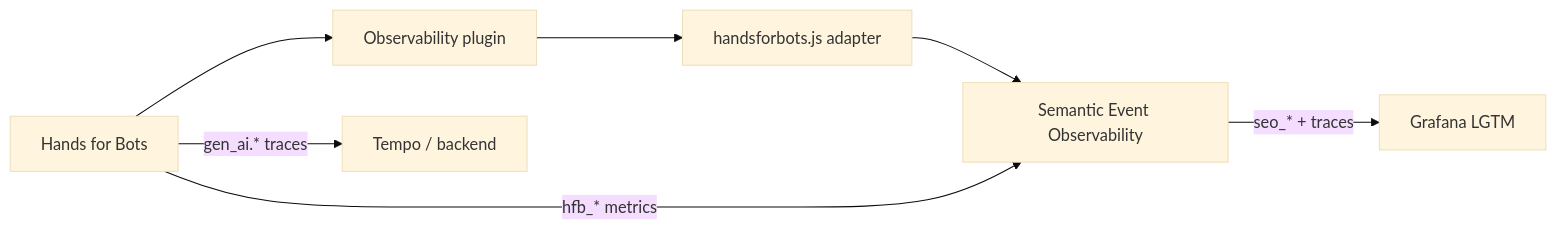
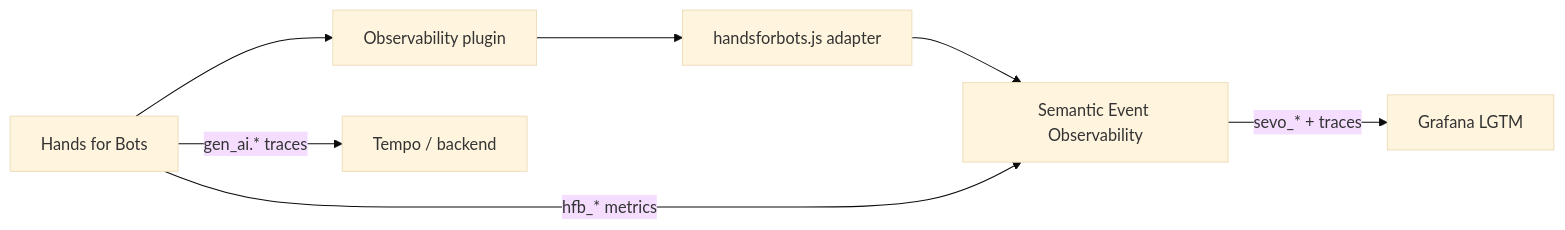
Before and after one commit to alexlana/handsforbots: the diagram in handsforbots/Libs/SemanticEventObservability/docs/handsforbots-roadmap.md, drawn with Mermaid (base theme). The commit also changed other lines of this file and 33 other files, not shown here.

````diff
--- a/handsforbots/Libs/SemanticEventObservability/docs/handsforbots-roadmap.md
+++ b/handsforbots/Libs/SemanticEventObservability/docs/handsforbots-roadmap.md
@@ -20,12 +20,12 @@
 ```mermaid
 flowchart LR
   HFB["Hands for Bots"]
   Adapter["handsforbots.js adapter"]
   SEO["Semantic Event Observability"]
   Plugin["Observability plugin"]
 
   HFB --> Plugin --> Adapter --> SEO
   HFB -->|"hfb_* metrics"| SEO
   HFB -->|"gen_ai.* traces"| Tempo["Tempo / backend"]
-  SEO -->|"seo_* + traces"| LGTM["Grafana LGTM"]
+  SEO -->|"sevo_* + traces"| LGTM["Grafana LGTM"]
 ```
````
